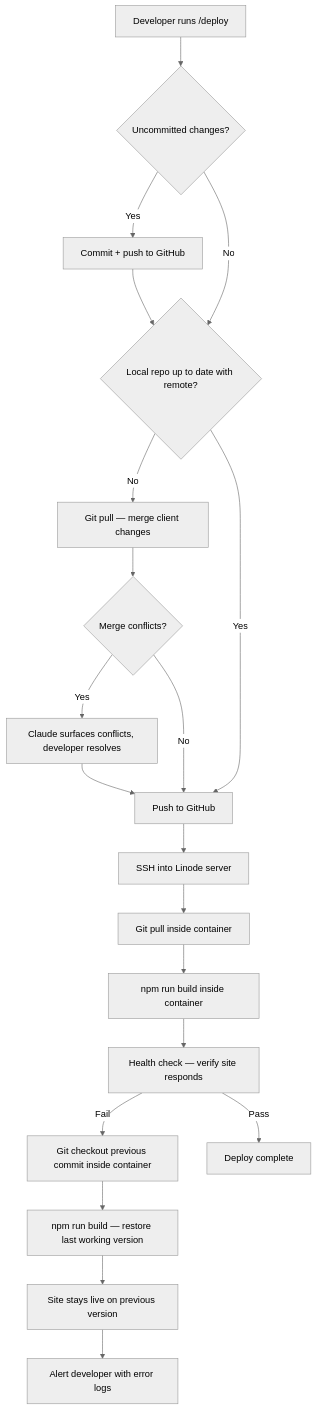
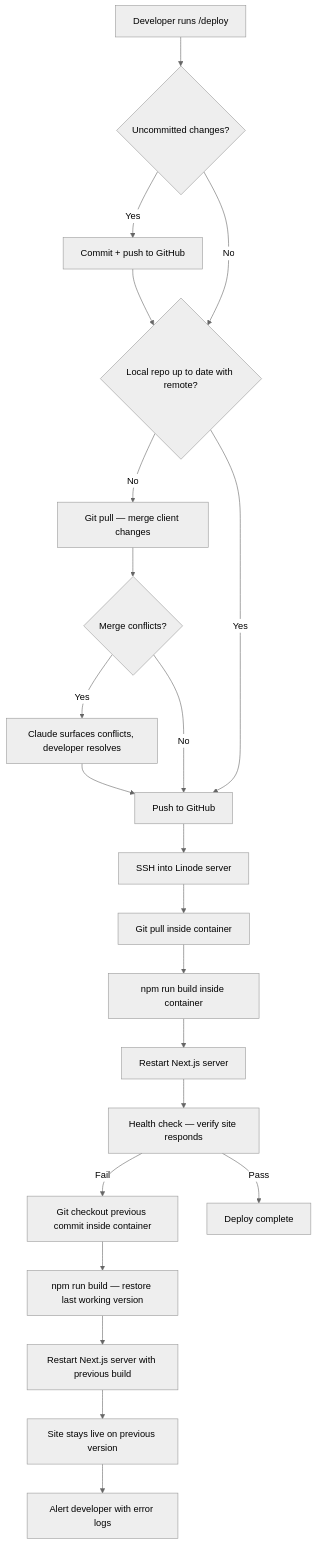
The fourth of 10 diagrams in ARCHITECTURE.md (Hude06/JUDE_WEBSITE), drawn with Mermaid (neutral theme) before and after one commit. The commit also changed other lines of this file and 50 other files, not shown here.

````diff
--- a/ARCHITECTURE.md
+++ b/ARCHITECTURE.md
@@ -101,24 +108,26 @@
 ```mermaid
 flowchart TD
     A[Developer runs /deploy] --> B{Uncommitted changes?}
     B -->|Yes| B1[Commit + push to GitHub]
     B -->|No| C{Local repo up to date with remote?}
     C -->|No| C1[Git pull — merge client changes]
     C1 --> C2{Merge conflicts?}
     C2 -->|Yes| C3[Claude surfaces conflicts, developer resolves]
     C2 -->|No| D[Push to GitHub]
     C -->|Yes| D
 
     B1 --> C
     C3 --> D
 
     D --> E[SSH into Linode server]
     E --> F[Git pull inside container]
     F --> G[npm run build inside container]
-    G --> H[Health check — verify site responds]
-    H -->|Fail| I[Git checkout previous commit inside container]
-    I --> I2[npm run build — restore last working version]
-    I2 --> I3[Site stays live on previous version]
-    I3 --> I4[Alert developer with error logs]
-    H -->|Pass| J[Deploy complete]
+    G --> H[Restart Next.js server]
+    H --> I[Health check — verify site responds]
+    I -->|Fail| J[Git checkout previous commit inside container]
+    J --> J2[npm run build — restore last working version]
+    J2 --> J3[Restart Next.js server with previous build]
+    J3 --> J4[Site stays live on previous version]
+    J4 --> J5[Alert developer with error logs]
+    I -->|Pass| K[Deploy complete]
 ```
````
